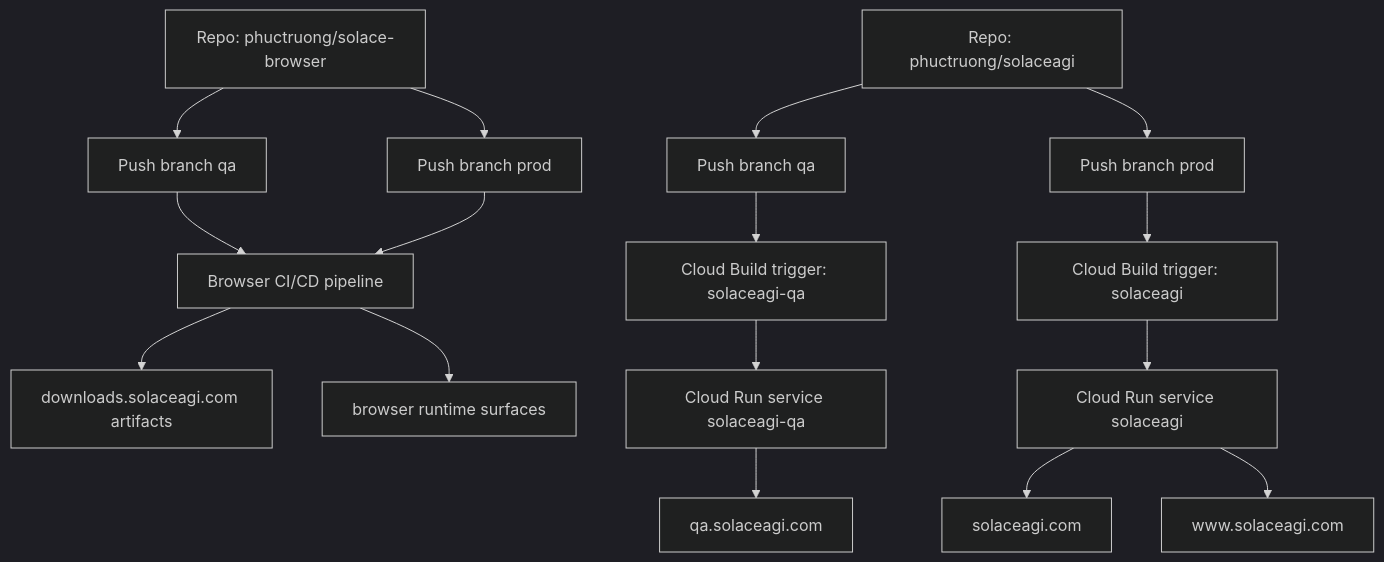
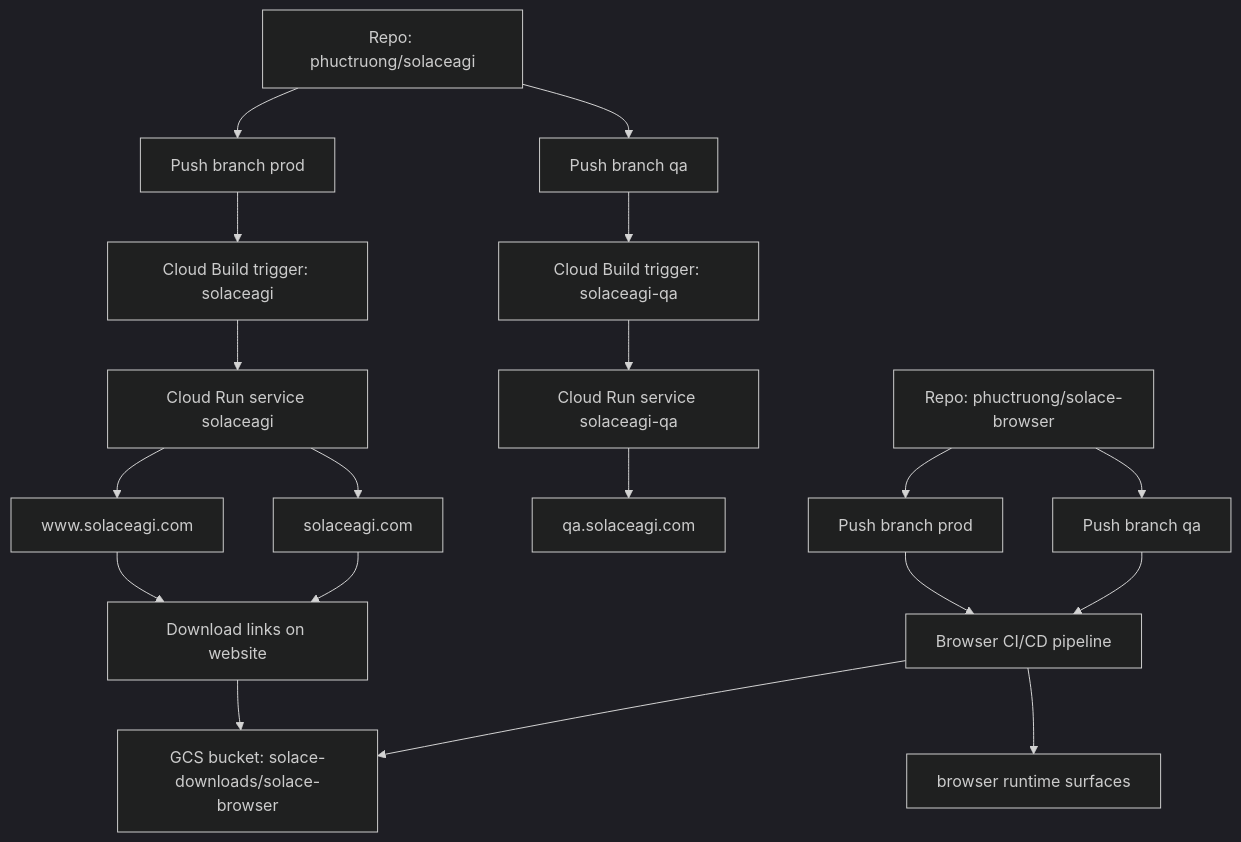
The diagram in src/diagrams/21-deployment-surface-mapping.md (phuctruong/solace-browser), drawn with Mermaid (dark theme) before and after one commit. The commit also changed other lines of this file and 7 other files, not shown here.

Commit message:
Document solaceagi.com download links to GCS artifacts

````diff
--- a/src/diagrams/21-deployment-surface-mapping.md
+++ b/src/diagrams/21-deployment-surface-mapping.md
@@ -3,20 +3,23 @@
 ```mermaid
 flowchart TD
     SB[Repo: phuctruong/solace-browser] --> SBQA[Push branch qa]
     SB --> SBPROD[Push branch prod]
     SBQA --> BPIPE[Browser CI/CD pipeline]
     SBPROD --> BPIPE
-    BPIPE --> BDL[downloads.solaceagi.com artifacts]
+    BPIPE --> BDL[GCS bucket: solace-downloads/solace-browser]
     BPIPE --> BUI[browser runtime surfaces]
 
     SA[Repo: phuctruong/solaceagi] --> SAQA[Push branch qa]
     SA --> SAPROD[Push branch prod]
     SAQA --> QTRIG[Cloud Build trigger: solaceagi-qa]
     SAPROD --> PTRIG[Cloud Build trigger: solaceagi]
     QTRIG --> QSVC[Cloud Run service solaceagi-qa]
     PTRIG --> PSVC[Cloud Run service solaceagi]
 
     QSVC --> QDOM[qa.solaceagi.com]
     PSVC --> DOM1[solaceagi.com]
     PSVC --> DOM2[www.solaceagi.com]
+    DOM1 --> DL1[Download links on website]
+    DOM2 --> DL1
+    DL1 --> BDL
 ```
````
